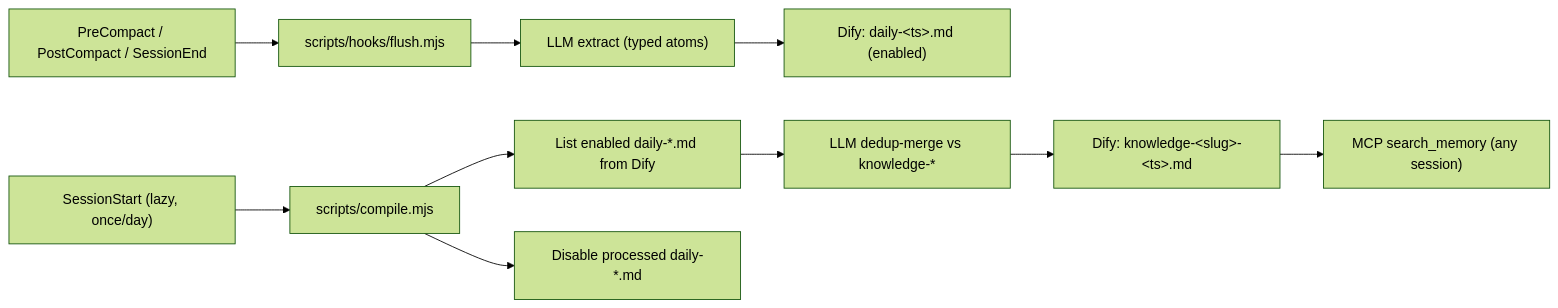
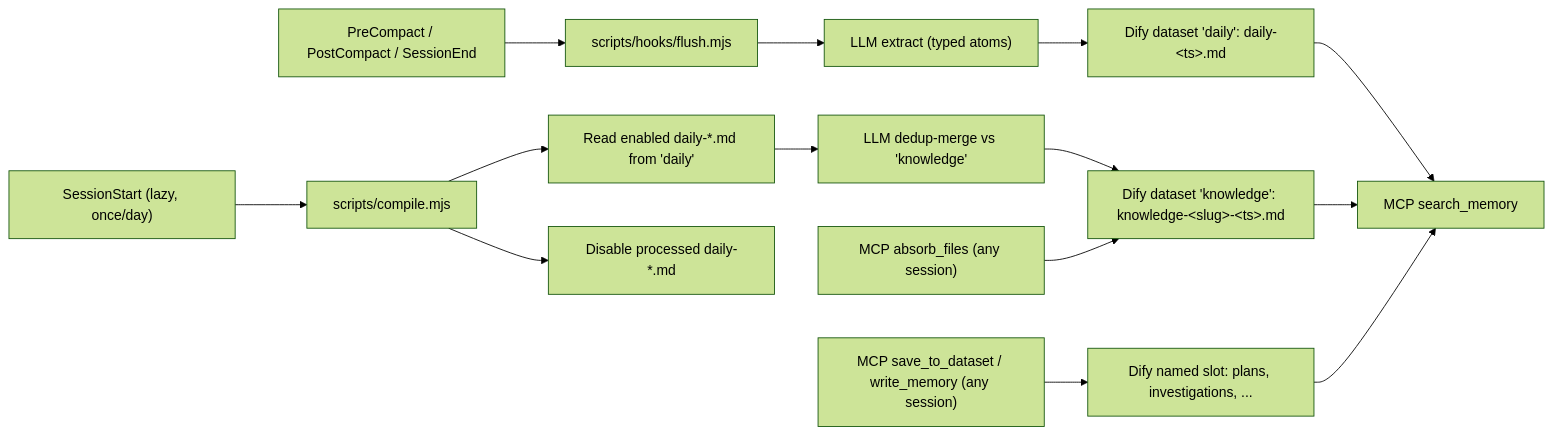
One commit to ctxr-dev/memory changed the diagram in README.md. Above: the diagram before and after it, drawn with Mermaid (forest theme). The commit also changed other lines of this file and 2 other files, not shown here.

````diff
--- a/README.md
+++ b/README.md
@@ -91,12 +131,16 @@
 ```mermaid
 flowchart LR
   Hook["PreCompact / PostCompact / SessionEnd"] --> Flush["scripts/hooks/flush.mjs"]
   Flush --> LLM1["LLM extract (typed atoms)"]
-  LLM1 --> DailyDoc["Dify: daily-&lt;ts&gt;.md (enabled)"]
+  LLM1 --> DailyDataset["Dify dataset 'daily': daily-&lt;ts&gt;.md"]
   Start["SessionStart (lazy, once/day)"] --> Compile["scripts/compile.mjs"]
-  Compile --> ListDaily["List enabled daily-*.md from Dify"]
-  ListDaily --> LLM2["LLM dedup-merge vs knowledge-*"]
-  LLM2 --> KnowledgeDoc["Dify: knowledge-&lt;slug&gt;-&lt;ts&gt;.md"]
+  Compile --> ReadDaily["Read enabled daily-*.md from 'daily'"]
+  ReadDaily --> LLM2["LLM dedup-merge vs 'knowledge'"]
+  LLM2 --> KnowledgeDataset["Dify dataset 'knowledge': knowledge-&lt;slug&gt;-&lt;ts&gt;.md"]
   Compile --> DisableDaily["Disable processed daily-*.md"]
-  KnowledgeDoc --> Search["MCP search_memory (any session)"]
+  Absorb["MCP absorb_files (any session)"] --> KnowledgeDataset
+  Save["MCP save_to_dataset / write_memory (any session)"] --> AnyDataset["Dify named slot: plans, investigations, ..."]
+  KnowledgeDataset --> Search["MCP search_memory"]
+  AnyDataset --> Search
+  DailyDataset --> Search
 ```
````
